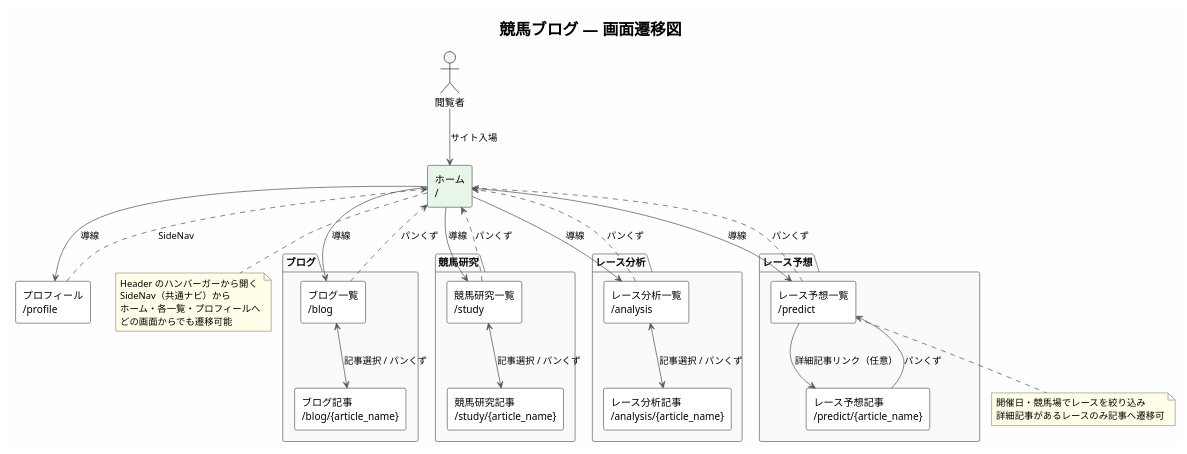
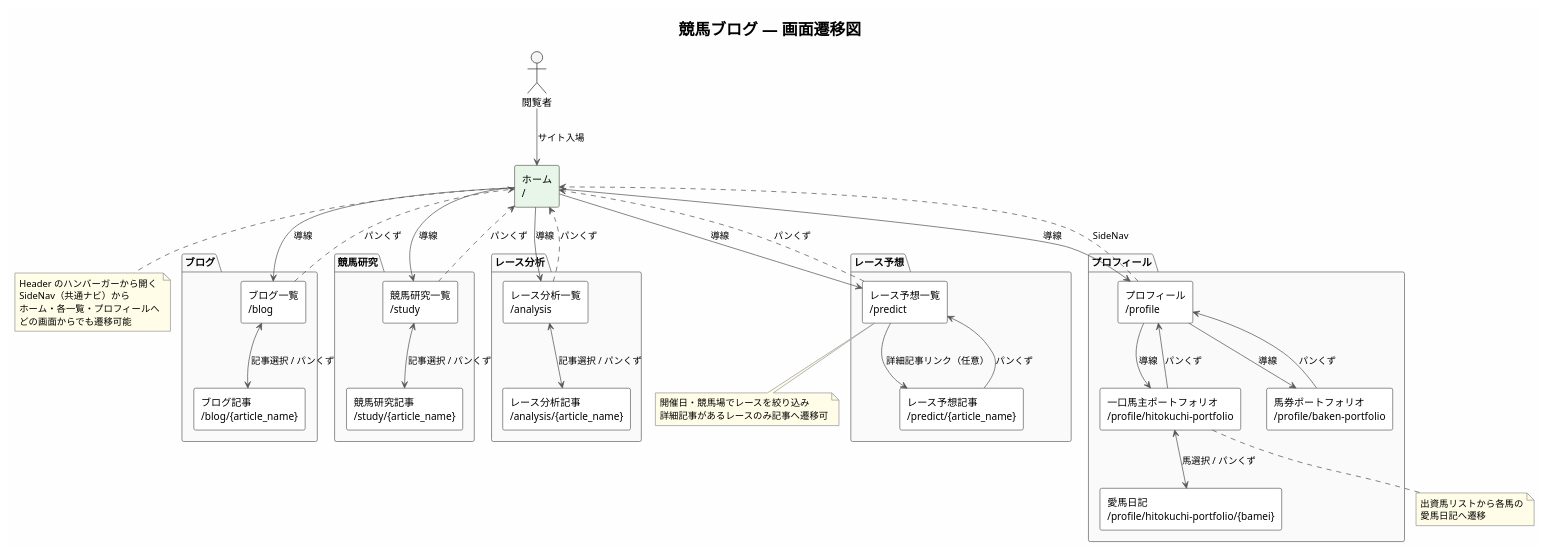
Before and after one commit to betashort/KEIBA_BLOG: the diagram in doc/03_design/screen_design.md, drawn with PlantUML. The commit also changed other lines of this file and 48 other files, not shown here.

````diff
--- a/doc/03_design/screen_design.md
+++ b/doc/03_design/screen_design.md
@@ -98,7 +104,12 @@
   rectangle "レース予想記事\n/predict/{article_name}" as PredictArticle
 }
 
-rectangle "プロフィール\n/profile" as Profile
+package "プロフィール" as ProfilePkg {
+  rectangle "プロフィール\n/profile" as Profile
+  rectangle "一口馬主ポートフォリオ\n/profile/hitokuchi-portfolio" as HitokuchiPortfolio
+  rectangle "愛馬日記\n/profile/hitokuchi-portfolio/{bamei}" as AibaDiary
+  rectangle "馬券ポートフォリオ\n/profile/baken-portfolio" as BakenPortfolio
+}
 
 Visitor --> Home : サイト入場
 
@@ -113,6 +124,12 @@
 AnalysisList <--> AnalysisArticle : 記事選択 / パンくず
 PredictList --> PredictArticle : 詳細記事リンク（任意）
 PredictArticle --> PredictList : パンくず
+
+Profile --> HitokuchiPortfolio : 導線
+Profile --> BakenPortfolio : 導線
+HitokuchiPortfolio <--> AibaDiary : 馬選択 / パンくず
+HitokuchiPortfolio --> Profile : パンくず
+BakenPortfolio --> Profile : パンくず
 
 BlogList ..> Home : パンくず
 StudyList ..> Home : パンくず
@@ -132,5 +149,10 @@
   詳細記事があるレースのみ記事へ遷移可
 end note
 
+note bottom of HitokuchiPortfolio
+  出資馬リストから各馬の
+  愛馬日記へ遷移
+end note
+
 @enduml
 ```
````
